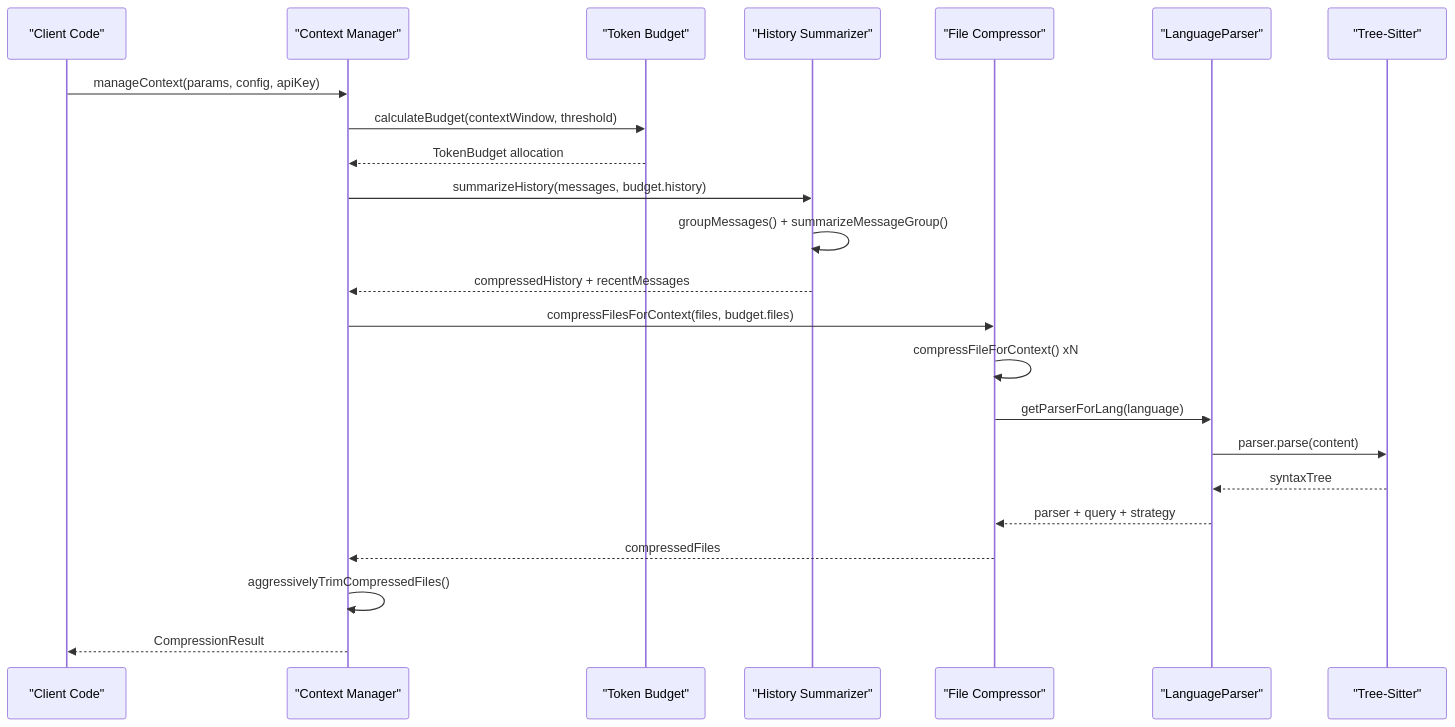
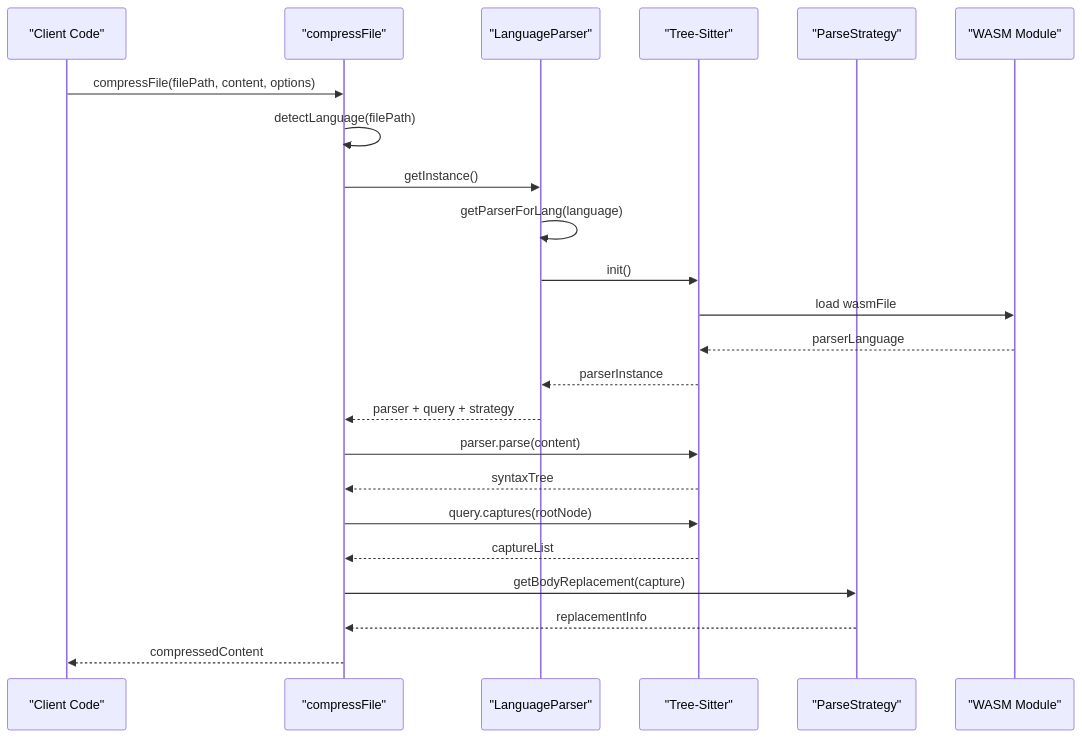
One commit to bramburn/repomix-runner changed the second of 4 diagrams in .qoder/repowiki/en/content/Core Features/Multi-Language Compression Support.md. Above: the diagram before and after it, drawn with Mermaid. The commit also changed other lines of this file and 41 other files, not shown here.

````diff
--- a/.qoder/repowiki/en/content/Core Features/Multi-Language Compression Support.md
+++ b/.qoder/repowiki/en/content/Core Features/Multi-Language Compression Support.md
@@ -176,25 +130,25 @@
 ```mermaid
 sequenceDiagram
 participant Client as "Client Code"
-participant CM as "Context Manager"
-participant TB as "Token Budget"
-participant HS as "History Summarizer"
-participant FC as "File Compressor"
+participant CF as "compressFile"
 participant LP as "LanguageParser"
 participant TS as "Tree-Sitter"
-Client->>CM : manageContext(params, config, apiKey)
-CM->>TB : calculateBudget(contextWindow, threshold)
-TB-->>CM : TokenBudget allocation
-CM->>HS : summarizeHistory(messages, budget.history)
-HS->>HS : groupMessages() + summarizeMessageGroup()
-HS-->>CM : compressedHistory + recentMessages
-CM->>FC : compressFilesForContext(files, budget.files)
-FC->>FC : compressFileForContext() xN
-FC->>LP : getParserForLang(language)
-LP->>TS : parser.parse(content)
-TS-->>LP : syntaxTree
-LP-->>FC : parser + query + strategy
-FC-->>CM : compressedFiles
-CM->>CM : aggressivelyTrimCompressedFiles()
-CM-->>Client : CompressionResult
+participant PS as "ParseStrategy"
+participant WS as "WASM Module"
+Client->>CF : compressFile(filePath, content, options)
+CF->>CF : detectLanguage(filePath)
+CF->>LP : getInstance()
+LP->>LP : getParserForLang(language)
+LP->>TS : init()
+TS->>WS : load wasmFile
+WS-->>TS : parserLanguage
+TS-->>LP : parserInstance
+LP-->>CF : parser + query + strategy
+CF->>TS : parser.parse(content)
+TS-->>CF : syntaxTree
+CF->>TS : query.captures(rootNode)
+TS-->>CF : captureList
+CF->>PS : getBodyReplacement(capture)
+PS-->>CF : replacementInfo
+CF-->>Client : compressedContent
 ```
````
